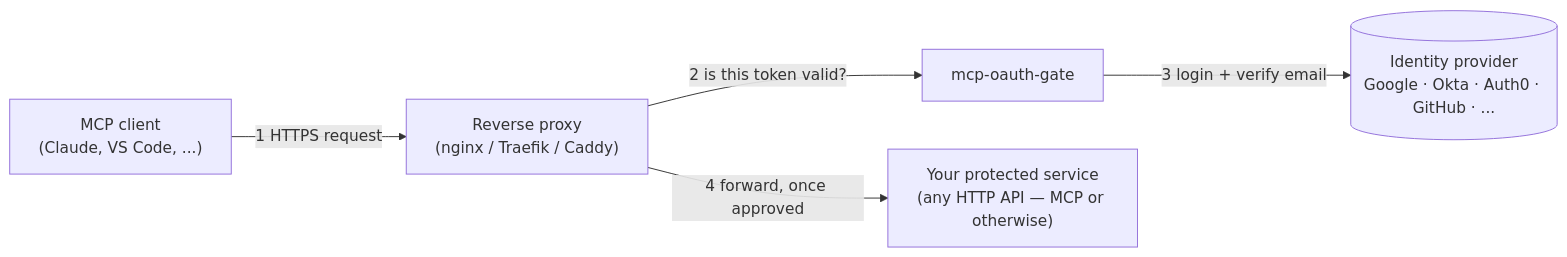
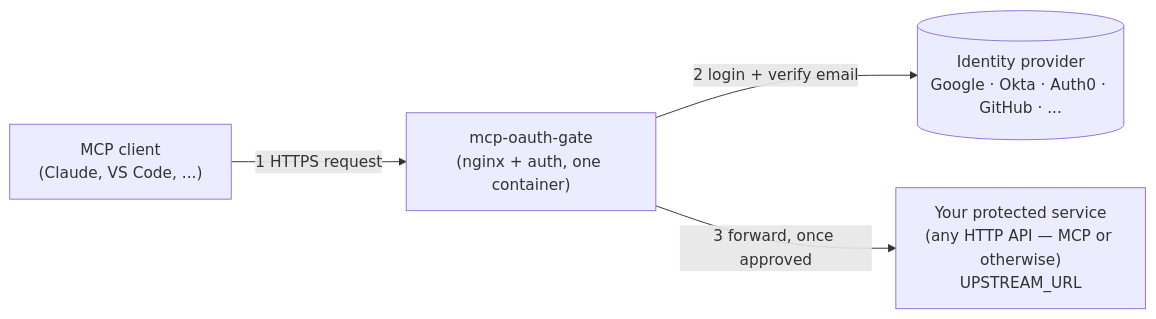
The first of 2 diagrams in README.md (sanderBoot0/mcp-oauth-gate), drawn with Mermaid before and after one commit. The commit also changed other lines of this file and 20 other files, not shown here.

````diff
--- a/README.md
+++ b/README.md
@@ -47,13 +48,11 @@
 ```mermaid
 flowchart LR
     client["MCP client<br/>(Claude, VS Code, ...)"]
-    proxy["Reverse proxy<br/>(nginx / Traefik / Caddy)"]
-    gate["mcp-oauth-gate"]
+    gate["mcp-oauth-gate<br/>(nginx + auth, one container)"]
     idp[("Identity provider<br/>Google · Okta · Auth0 · GitHub · ...")]
-    svc["Your protected service<br/>(any HTTP API — MCP or otherwise)"]
+    svc["Your protected service<br/>(any HTTP API — MCP or otherwise)<br/>UPSTREAM_URL"]
 
-    client -- "1 HTTPS request" --> proxy
-    proxy -- "2 is this token valid?" --> gate
-    gate -- "3 login + verify email" --> idp
-    proxy -- "4 forward, once approved" --> svc
+    client -- "1 HTTPS request" --> gate
+    gate -- "2 login + verify email" --> idp
+    gate -- "3 forward, once approved" --> svc
 ```
````
